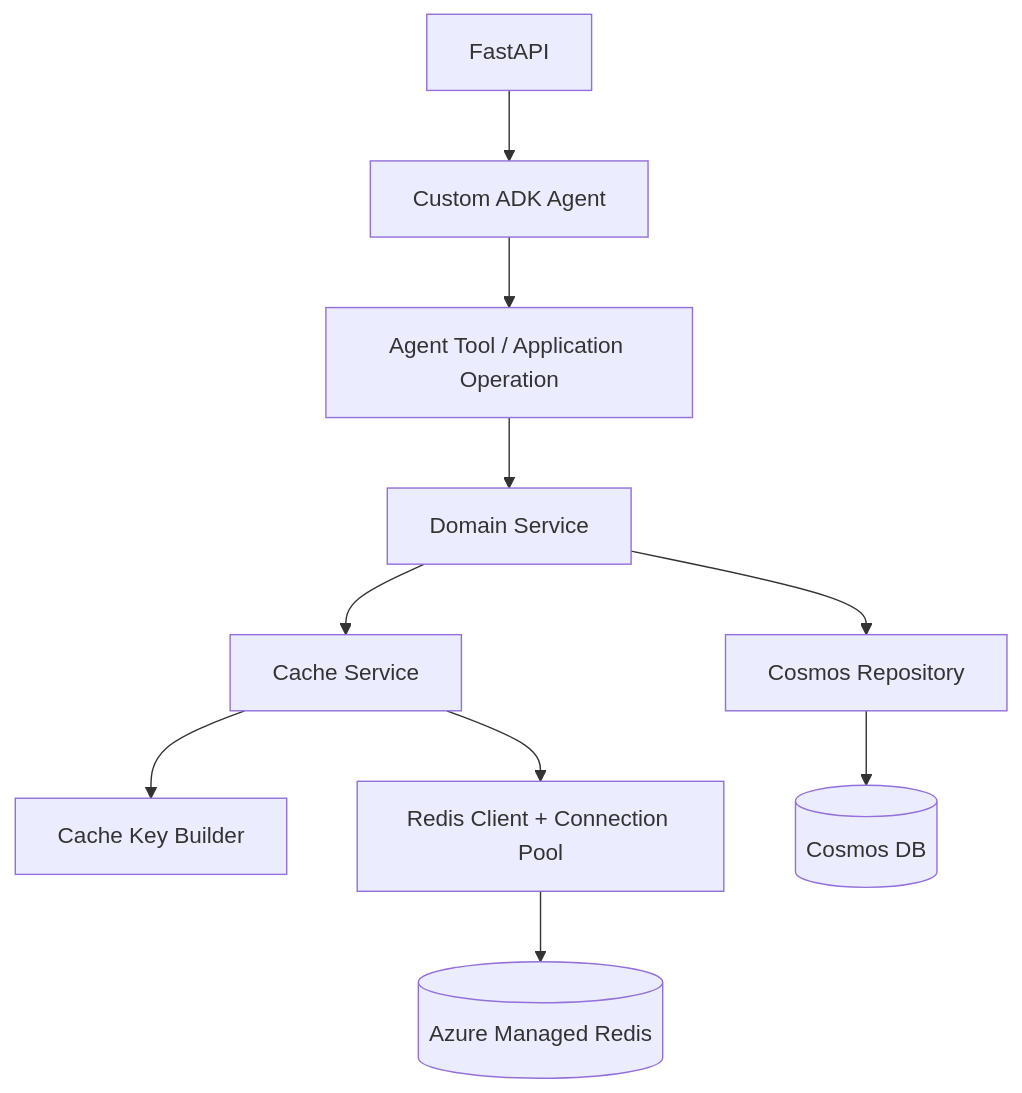
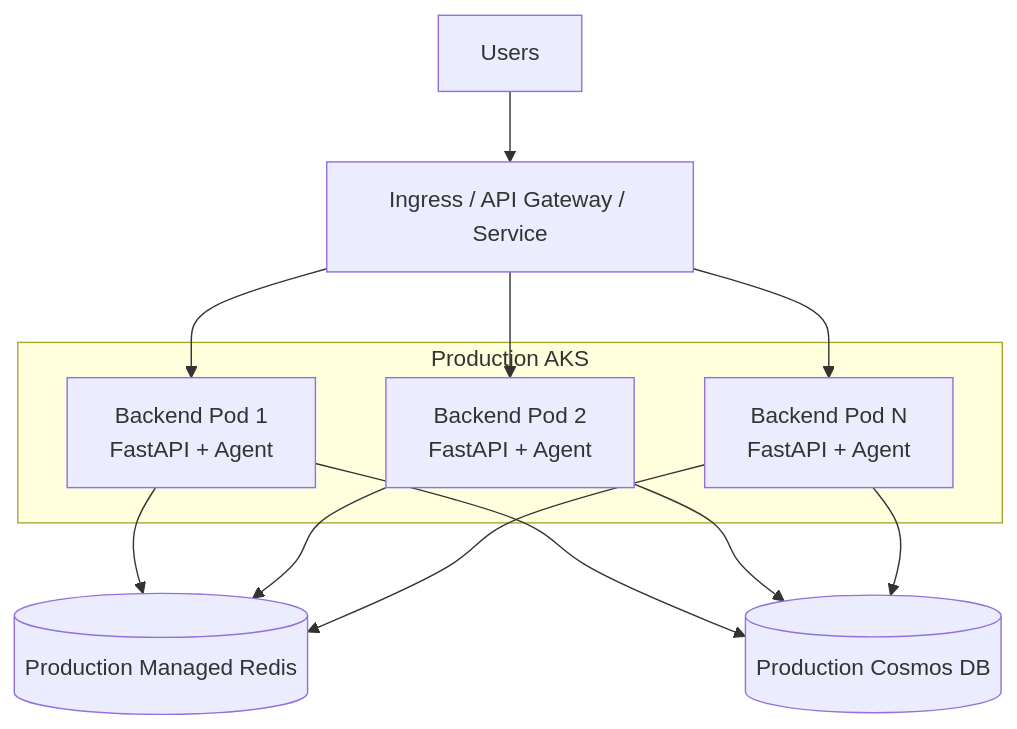
One commit to raghav29061999/cicdautomation changed the fourth of 6 diagrams in README.md. Above: the diagram before and after it, drawn with Mermaid. The commit also changed other lines of this file, not shown here.

````diff
--- a/README.md
+++ b/README.md
@@ -4069,41 +397,35 @@
 ```mermaid
 flowchart TD
 
-    API[FastAPI]
+    USER[Users]
 
-    AGENT[Custom ADK Agent]
+    ENTRY[Ingress / API Gateway / Service]
 
-    TOOL[Agent Tool / Application Operation]
+    subgraph AKS[Production AKS]
 
-    SERVICE[Domain Service]
+        P1[Backend Pod 1<br/>FastAPI + Agent]
 
-    CACHE[Cache Service]
+        P2[Backend Pod 2<br/>FastAPI + Agent]
 
-    KEY[Cache Key Builder]
+        P3[Backend Pod N<br/>FastAPI + Agent]
 
-    REPO[Cosmos Repository]
+    end
 
-    REDISCLIENT[Redis Client + Connection Pool]
+    REDIS[(Production Managed Redis)]
 
-    REDIS[(Azure Managed Redis)]
+    COSMOS[(Production Cosmos DB)]
 
-    COSMOS[(Cosmos DB)]
+    USER --> ENTRY
 
-    API --> AGENT
+    ENTRY --> P1
+    ENTRY --> P2
+    ENTRY --> P3
 
-    AGENT --> TOOL
+    P1 --> REDIS
+    P2 --> REDIS
+    P3 --> REDIS
 
-    TOOL --> SERVICE
-
-    SERVICE --> CACHE
-
-    SERVICE --> REPO
-
-    CACHE --> KEY
-
-    CACHE --> REDISCLIENT
-
-    REDISCLIENT --> REDIS
-
-    REPO --> COSMOS
+    P1 --> COSMOS
+    P2 --> COSMOS
+    P3 --> COSMOS
 ```
````
